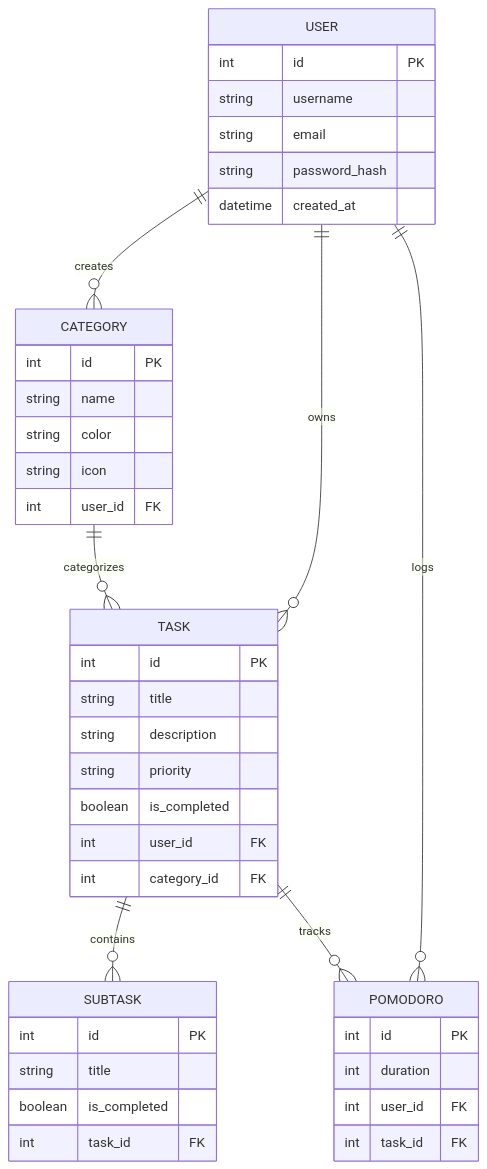
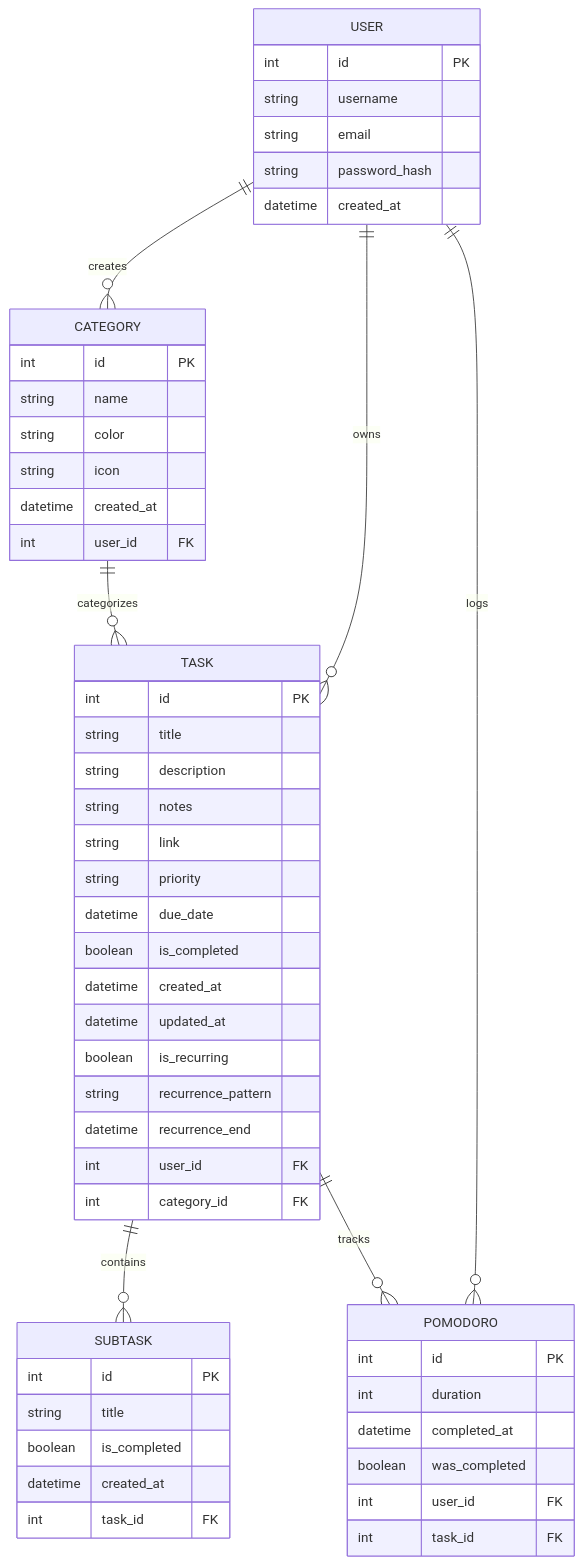
Before and after one commit to edborja/IM1_Final_Project_To-do_List_App: the first of 2 diagrams in IM Project/Progress/todo_app/README.md, drawn with Mermaid. The commit also changed other lines of this file and 7 other files, not shown here.

Commit message:
Finalize project: update README, diagrams, and code cleanup

````diff
--- a/IM Project/Progress/todo_app/README.md
+++ b/IM Project/Progress/todo_app/README.md
@@ -46,45 +46,57 @@
 ```mermaid
 erDiagram
     USER ||--o{ CATEGORY : creates
     USER ||--o{ TASK : owns
     USER ||--o{ POMODORO : logs
     CATEGORY ||--o{ TASK : categorizes
     TASK ||--o{ SUBTASK : contains
     TASK ||--o{ POMODORO : tracks
     
     USER {
         int id PK
         string username
         string email
         string password_hash
         datetime created_at
     }
     CATEGORY {
         int id PK
         string name
         string color
         string icon
+        datetime created_at
         int user_id FK
     }
     TASK {
         int id PK
         string title
         string description
+        string notes
+        string link
         string priority
+        datetime due_date
         boolean is_completed
+        datetime created_at
+        datetime updated_at
+        boolean is_recurring
+        string recurrence_pattern
+        datetime recurrence_end
         int user_id FK
         int category_id FK
     }
     SUBTASK {
         int id PK
         string title
         boolean is_completed
+        datetime created_at
         int task_id FK
     }
     POMODORO {
         int id PK
         int duration
+        datetime completed_at
+        boolean was_completed
         int user_id FK
         int task_id FK
     }
 ```
````
